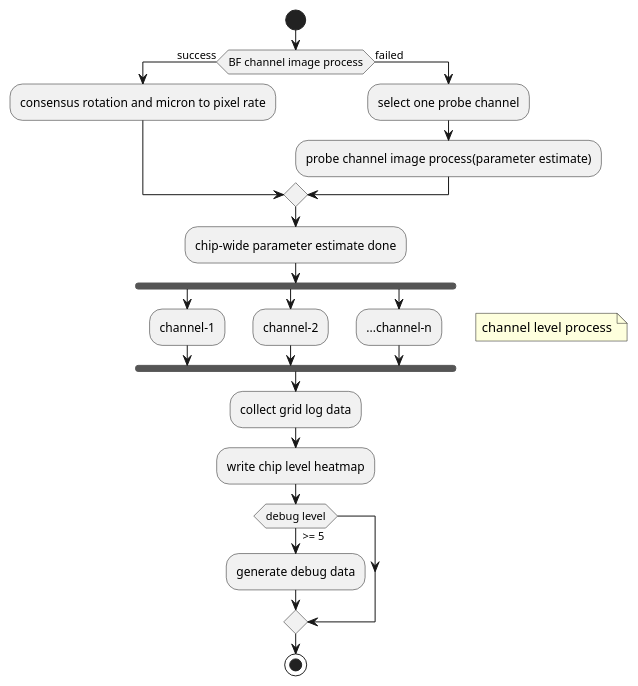
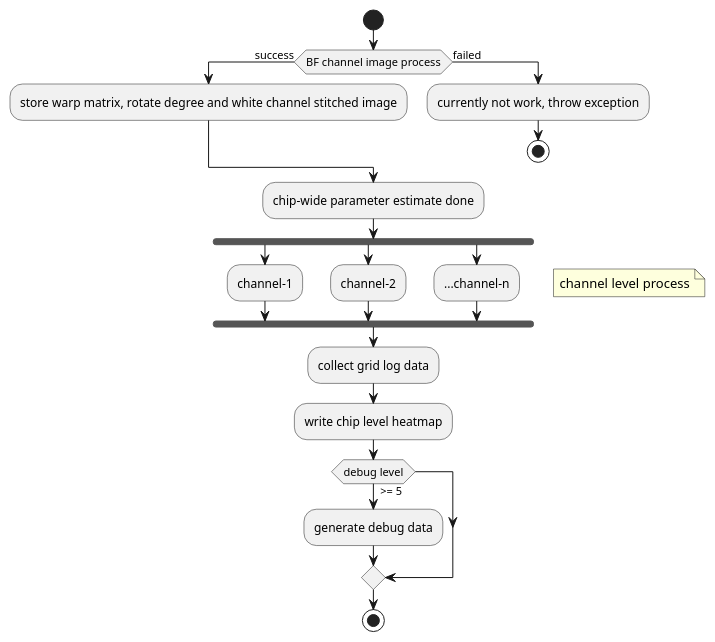
Before and after one commit to jeff665547/Project-Summit.Grid: the first of 4 diagrams in doc/algorithm.md, drawn with PlantUML. The commit also changed other lines of this file, not shown here.

```diff
--- a/doc/algorithm.md
+++ b/doc/algorithm.md
@@ -39,26 +39,26 @@
 @startuml {chip-level-process.png}
 start
 if (BF channel image process) then (success)
-    :consensus rotation and micron to pixel rate;
+    :store warp matrix, rotate degree and white channel stitched image;
 else (failed)
-    :select one probe channel;
-    :probe channel image process(parameter estimate);
+    :currently not work, throw exception;
+    stop
 endif
 :chip-wide parameter estimate done;
 fork
     :channel-1;
 fork again
     :channel-2;
 fork again
     :...channel-n;
 end fork
 note right
     channel level process
 end note
 :collect grid log data;
 :write chip level heatmap;
 if (debug level) then ( >= 5 )
     :generate debug data;
 endif
 stop
 @enduml
```
